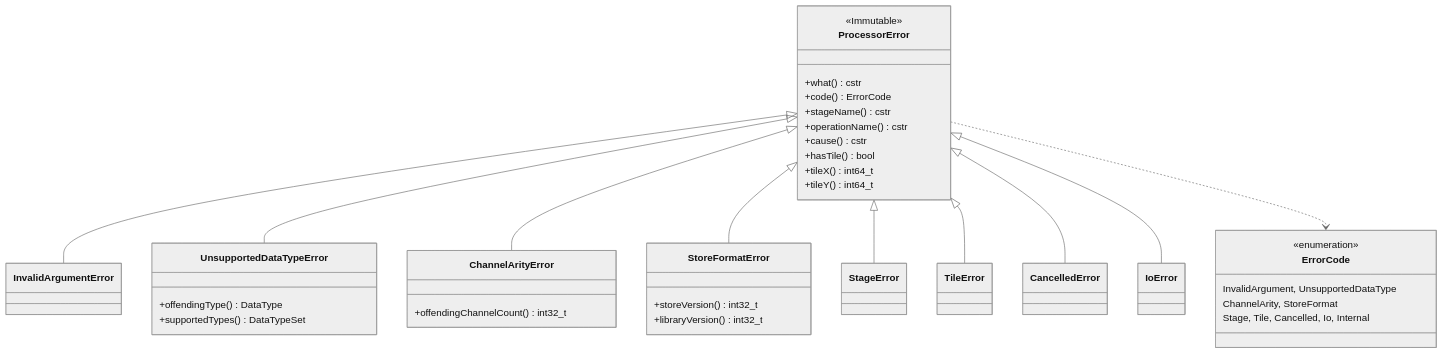
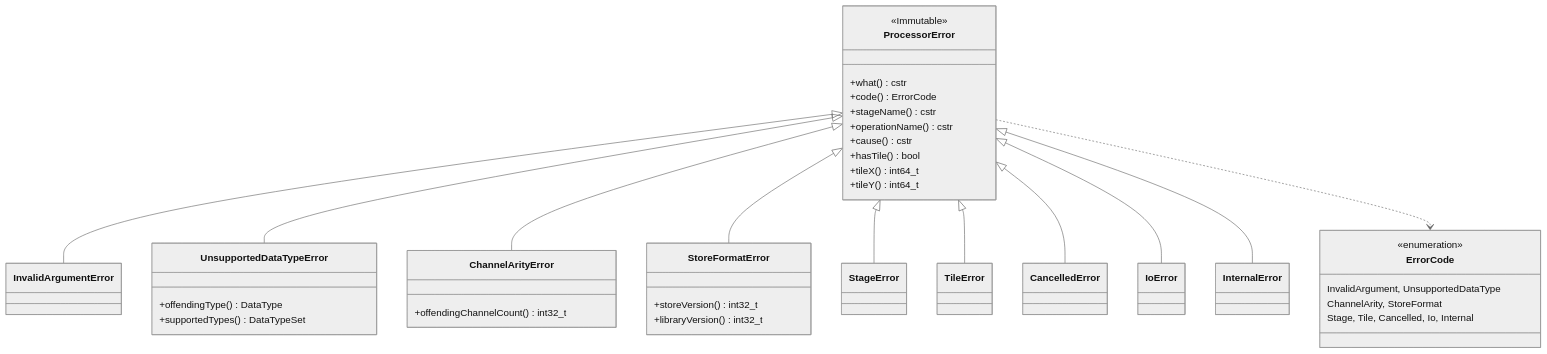
One commit to Booritas/slideio-processor changed the third of 14 diagrams in docs/superpowers/specs/sds/08-class-diagrams.md. Above: the diagram before and after it, drawn with Mermaid (neutral theme). The commit also changed other lines of this file and 5 other files, not shown here.

````diff
--- a/docs/superpowers/specs/sds/08-class-diagrams.md
+++ b/docs/superpowers/specs/sds/08-class-diagrams.md
@@ -278,53 +278,55 @@
 ```mermaid
 classDiagram
     direction TB
 
     class ErrorCode {
         <<enumeration>>
         InvalidArgument, UnsupportedDataType
         ChannelArity, StoreFormat
         Stage, Tile, Cancelled, Io, Internal
     }
 
     class ProcessorError {
         <<Immutable>>
         +what() cstr
         +code() ErrorCode
         +stageName() cstr
         +operationName() cstr
         +cause() cstr
         +hasTile() bool
         +tileX() int64_t
         +tileY() int64_t
     }
 
     class UnsupportedDataTypeError {
         +offendingType() DataType
         +supportedTypes() DataTypeSet
     }
 
     class ChannelArityError {
         +offendingChannelCount() int32_t
     }
 
     class StoreFormatError {
         +storeVersion() int32_t
         +libraryVersion() int32_t
     }
 
     class InvalidArgumentError
     class StageError
     class TileError
     class CancelledError
     class IoError
+    class InternalError
 
     ProcessorError <|-- InvalidArgumentError
     ProcessorError <|-- UnsupportedDataTypeError
     ProcessorError <|-- ChannelArityError
     ProcessorError <|-- StoreFormatError
     ProcessorError <|-- StageError
     ProcessorError <|-- TileError
     ProcessorError <|-- CancelledError
     ProcessorError <|-- IoError
+    ProcessorError <|-- InternalError
     ProcessorError ..> ErrorCode
 ```
````
